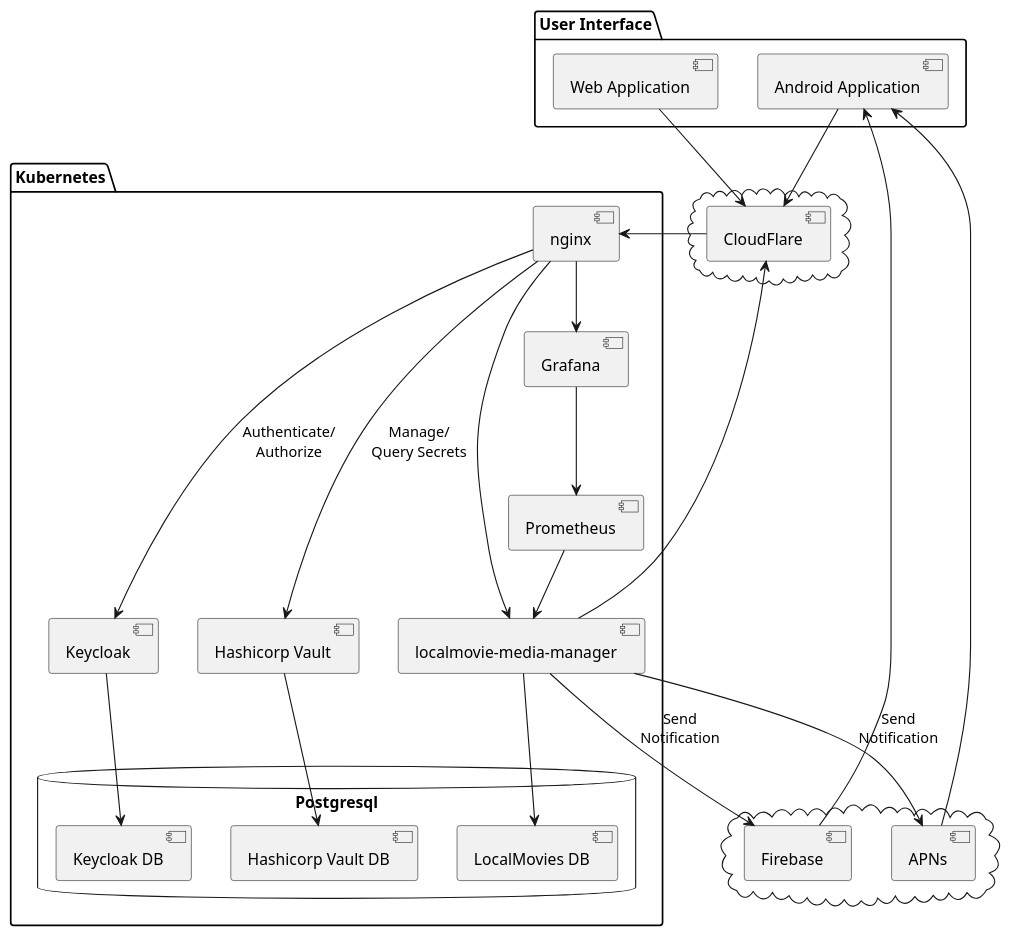
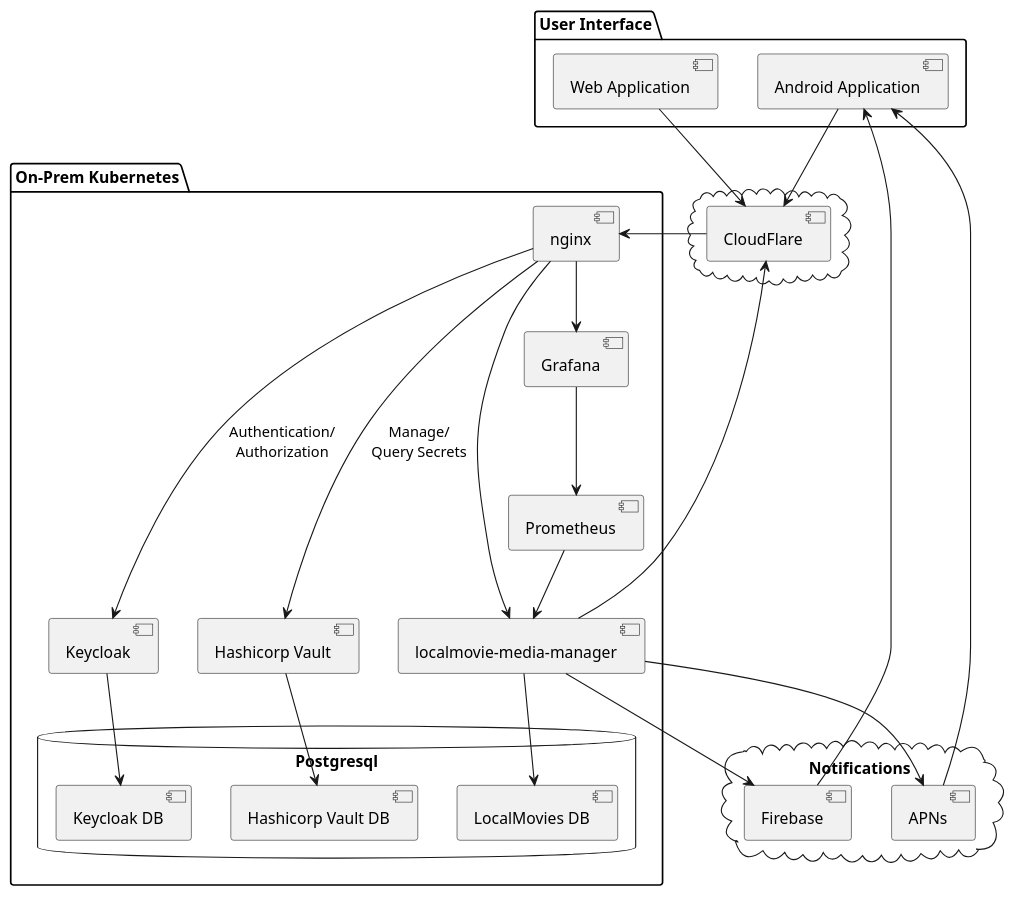
Before and after one commit to rahmnathan/localmovie-media-manager: the diagram in system-diagram.puml, drawn with PlantUML.

Commit message:
Updated system diagram.

```diff
--- a/system-diagram.puml
+++ b/system-diagram.puml
@@ -1,58 +1,58 @@
 @startuml
 
 package "User Interface" {
   [Web Application]
   [Android Application]
 }
 
-package "Kubernetes" {
+package "On-Prem Kubernetes" {
   [nginx]
   [Keycloak]
   [Hashicorp Vault]
   [localmovie-media-manager]
   [Prometheus]
   [Grafana]
   database "Postgresql" {
     [LocalMovies DB]
     [Keycloak DB]
     [Hashicorp Vault DB]
   }
 }
 
 cloud {
   [CloudFlare]
 }
 
-cloud {
+cloud "Notifications" {
   [Firebase]
   [APNs]
 }
 
 [Web Application] --> [CloudFlare]
 [Web Application] -[hidden]down-> [nginx]
 [Android Application] --> [CloudFlare]
 [Android Application] -[hidden]down-> [nginx]
 
 
 [CloudFlare] -down-> [nginx]
 
-[nginx] --> [Keycloak] : Authenticate/\nAuthorize
+[nginx] --> [Keycloak] : Authentication/\nAuthorization
 [nginx] --> [localmovie-media-manager]
 [nginx] --> [Hashicorp Vault] : Manage/\nQuery Secrets
 [nginx] --> [Grafana]
 
-[localmovie-media-manager] --> [Firebase] : Send\nNotification
-[localmovie-media-manager] --> [APNs] : Send\nNotification
+[localmovie-media-manager] --> [Firebase]
+[localmovie-media-manager] --> [APNs]
 [Firebase] --> [Android Application]
 [APNs] --> [Android Application]
 
 [localmovie-media-manager] -up-> [CloudFlare]
 
 [localmovie-media-manager] --> [LocalMovies DB]
 [Keycloak] --> [Keycloak DB]
 [Hashicorp Vault] --> [Hashicorp Vault DB]
 
 [Prometheus] --> [localmovie-media-manager]
 [Grafana] --> [Prometheus]
 
 @enduml
```
